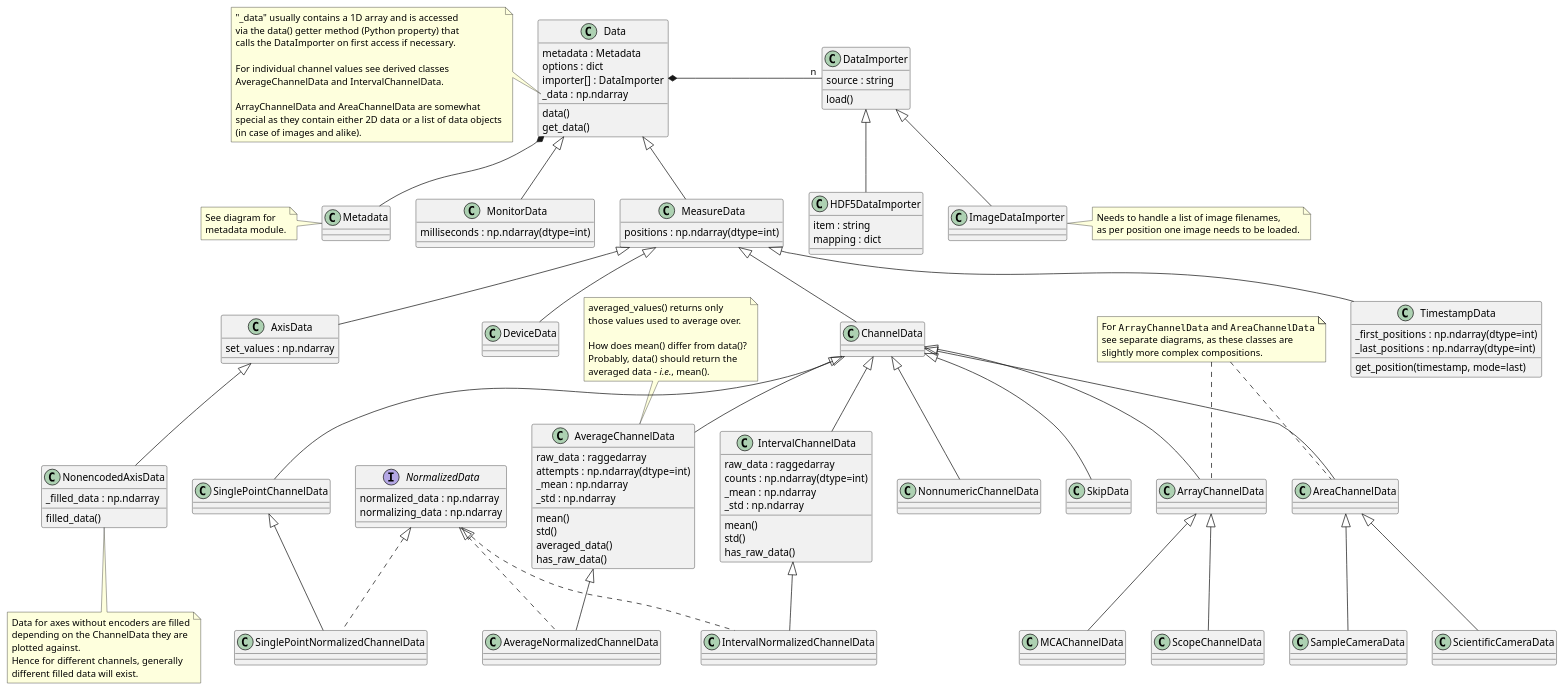
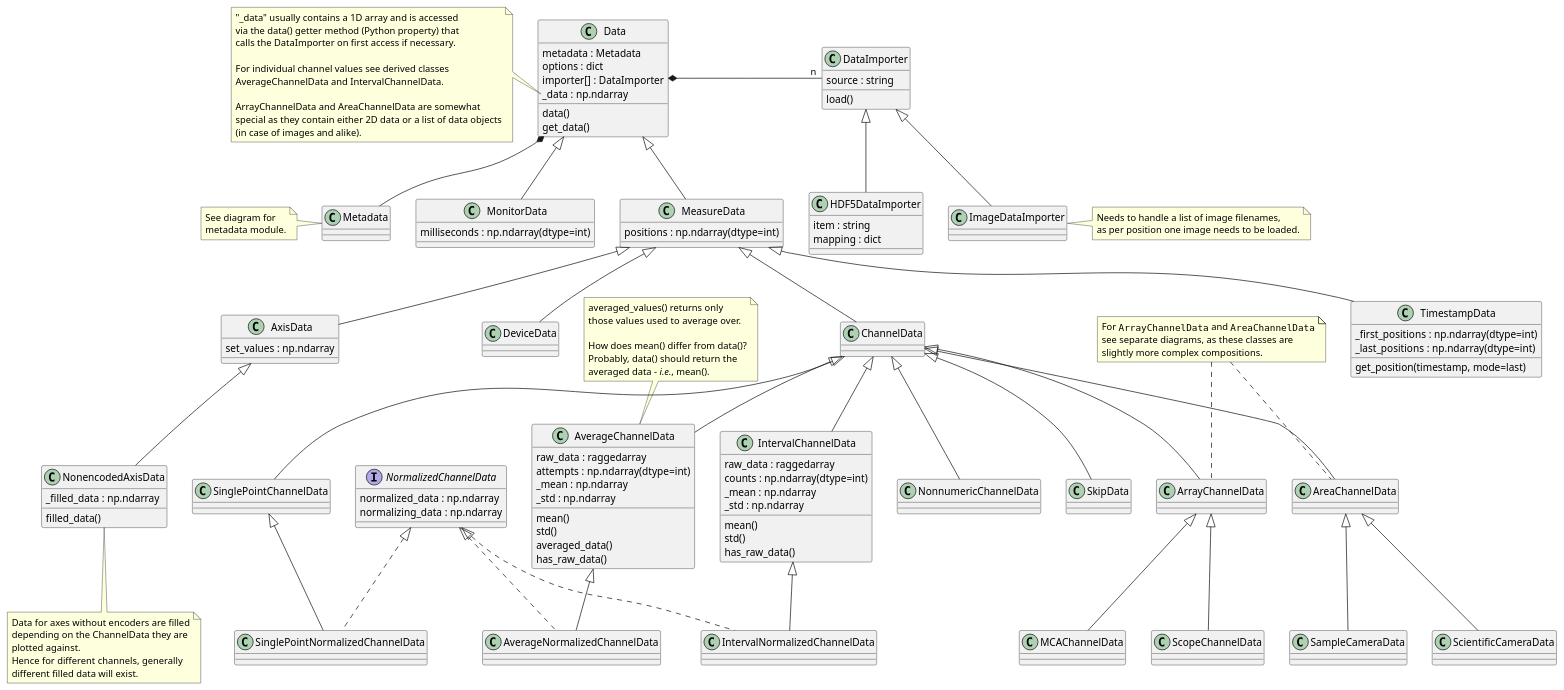
Before and after one commit to tillbiskup/evedata: the diagram in docs/uml/evedata.evefile.entities.data.puml, drawn with PlantUML. The commit also changed 5 other files, not shown here.

```diff
--- a/docs/uml/evedata.evefile.entities.data.puml
+++ b/docs/uml/evedata.evefile.entities.data.puml
@@ -1,169 +1,169 @@
 @startuml
 'skinparam dpi 150
 
 class Data {
     metadata : Metadata
     options : dict
     importer[] : DataImporter
     _data : np.ndarray
     data()
     get_data()
 }
 note left of Data::_data
     "_data" usually contains a 1D array and is accessed
     via the data() getter method (Python property) that
     calls the DataImporter on first access if necessary.
 
     For individual channel values see derived classes
     AverageChannelData and IntervalChannelData.
 
     ArrayChannelData and AreaChannelData are somewhat
     special as they contain either 2D data or a list of data objects
     (in case of images and alike).
 end note
 
 class DataImporter {
     source : string
     load()
 }
 
 class HDF5DataImporter extends DataImporter {
     item : string
     mapping : dict
 }
 
 class ImageDataImporter extends DataImporter
 
 note right of ImageDataImporter
     Needs to handle a list of image filenames,
     as per position one image needs to be loaded.
 end note
 
 HDF5DataImporter -[hidden]> ImageDataImporter
 
 class Metadata {
 }
 note left: See diagram for\nmetadata module.
 
 Data *- "n" DataImporter
 Data *-- Metadata
 
 class MeasureData extends Data {
     {field} positions : np.ndarray(dtype=int)
 }
 
 class MonitorData extends Data {
     {field} milliseconds : np.ndarray(dtype=int)
 }
 
 Metadata -[hidden]> MonitorData
 MonitorData -[hidden]> MeasureData
 
 class DeviceData extends MeasureData
 
 class AxisData extends MeasureData {
     set_values : np.ndarray
 }
 
 class NonencodedAxisData extends AxisData {
     _filled_data : np.ndarray
     filled_data()
 }
 note bottom of NonencodedAxisData
     Data for axes without encoders are filled
     depending on the ChannelData they are
     plotted against.
     Hence for different channels, generally
     different filled data will exist.
 endnote
 
 class ChannelData extends MeasureData {
 }
 
 class TimestampData extends MeasureData {
     {field} _first_positions : np.ndarray(dtype=int)
     {field} _last_positions : np.ndarray(dtype=int)
     get_position(timestamp, mode=last)
 }
 
 class NonnumericChannelData extends ChannelData {}
 
 'Help layout a bit
 NonnumericChannelData -[hidden]> SinglePointChannelData
 SinglePointChannelData -[hidden]> AverageChannelData
 AverageChannelData -[hidden]> IntervalChannelData
 IntervalChannelData -[hidden]> ArrayChannelData
 ArrayChannelData -[hidden]> AreaChannelData
 
 class SkipData extends ChannelData {}
 
 class SinglePointChannelData extends ChannelData {}
 
-interface NormalizedData {
+interface NormalizedChannelData {
     normalized_data : np.ndarray
     normalizing_data : np.ndarray
 }
 
-class SinglePointNormalizedChannelData extends SinglePointChannelData implements NormalizedData {
+class SinglePointNormalizedChannelData extends SinglePointChannelData implements NormalizedChannelData {
 }
 
 class AverageChannelData extends ChannelData {
     raw_data : raggedarray
     {field} attempts : np.ndarray(dtype=int)
     _mean : np.ndarray
     _std : np.ndarray
     mean()
     std()
     averaged_data()
     has_raw_data()
 }
 note top of AverageChannelData
     averaged_values() returns only
     those values used to average over.
 
     How does mean() differ from data()?
     Probably, data() should return the
     averaged data - <i>i.e.</i>, mean().
 end note
 
-class AverageNormalizedChannelData extends AverageChannelData implements NormalizedData {
+class AverageNormalizedChannelData extends AverageChannelData implements NormalizedChannelData {
 }
 
 
 class IntervalChannelData extends ChannelData {
     raw_data : raggedarray
     {field} counts : np.ndarray(dtype=int)
     _mean : np.ndarray
     _std : np.ndarray
     mean()
     std()
     has_raw_data()
 }
 
-class IntervalNormalizedChannelData extends IntervalChannelData implements NormalizedData {
+class IntervalNormalizedChannelData extends IntervalChannelData implements NormalizedChannelData {
 }
 
 class ArrayChannelData extends ChannelData {
 }
 
 class MCAChannelData extends ArrayChannelData
 
 class ScopeChannelData extends ArrayChannelData
 
 class AreaChannelData extends ChannelData {
 }
 
 class SampleCameraData extends AreaChannelData
 
 class ScientificCameraData extends AreaChannelData
 
 note as array_area_channels_note
     For ""ArrayChannelData"" and ""AreaChannelData""
     see separate diagrams, as these classes are
     slightly more complex compositions.
 end note
 
 AreaChannelData .up. array_area_channels_note
 ArrayChannelData .up. array_area_channels_note
 
 @enduml
```
